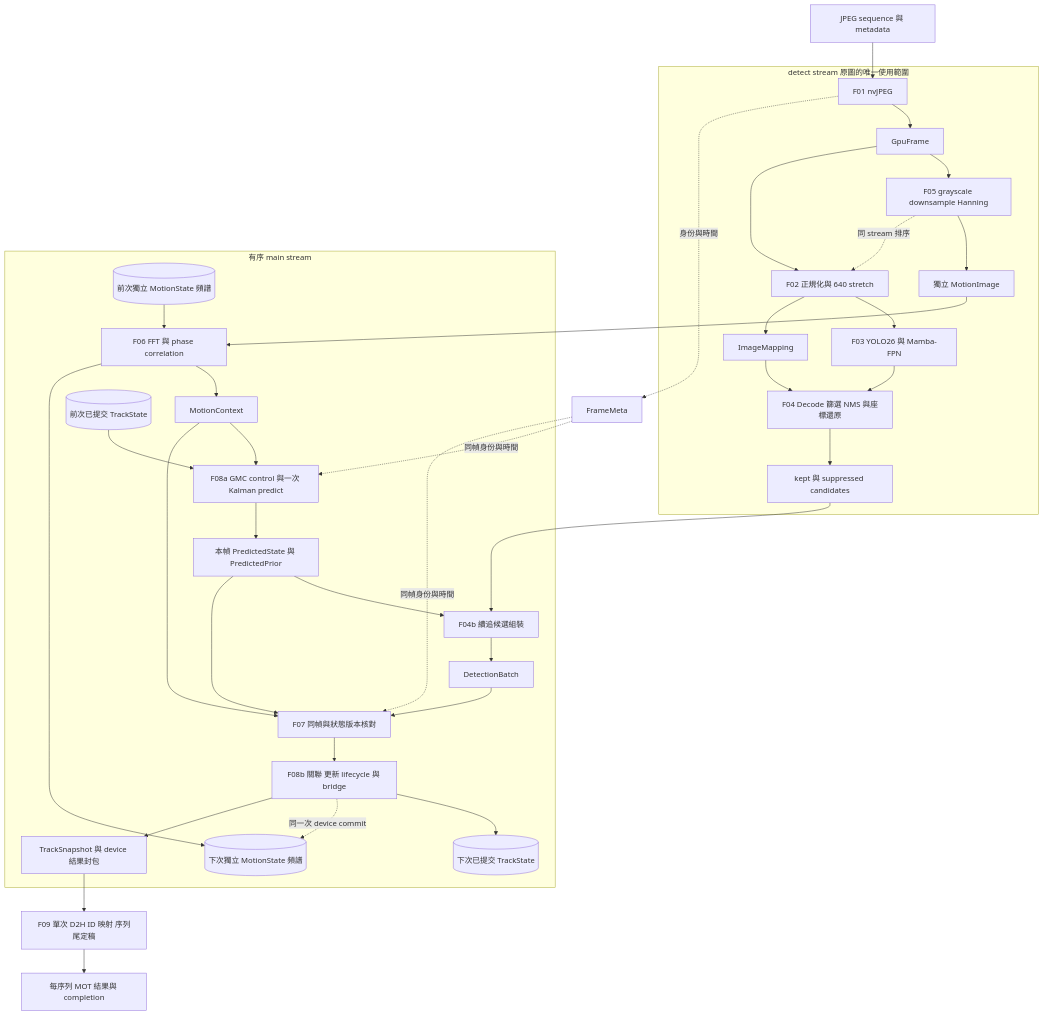
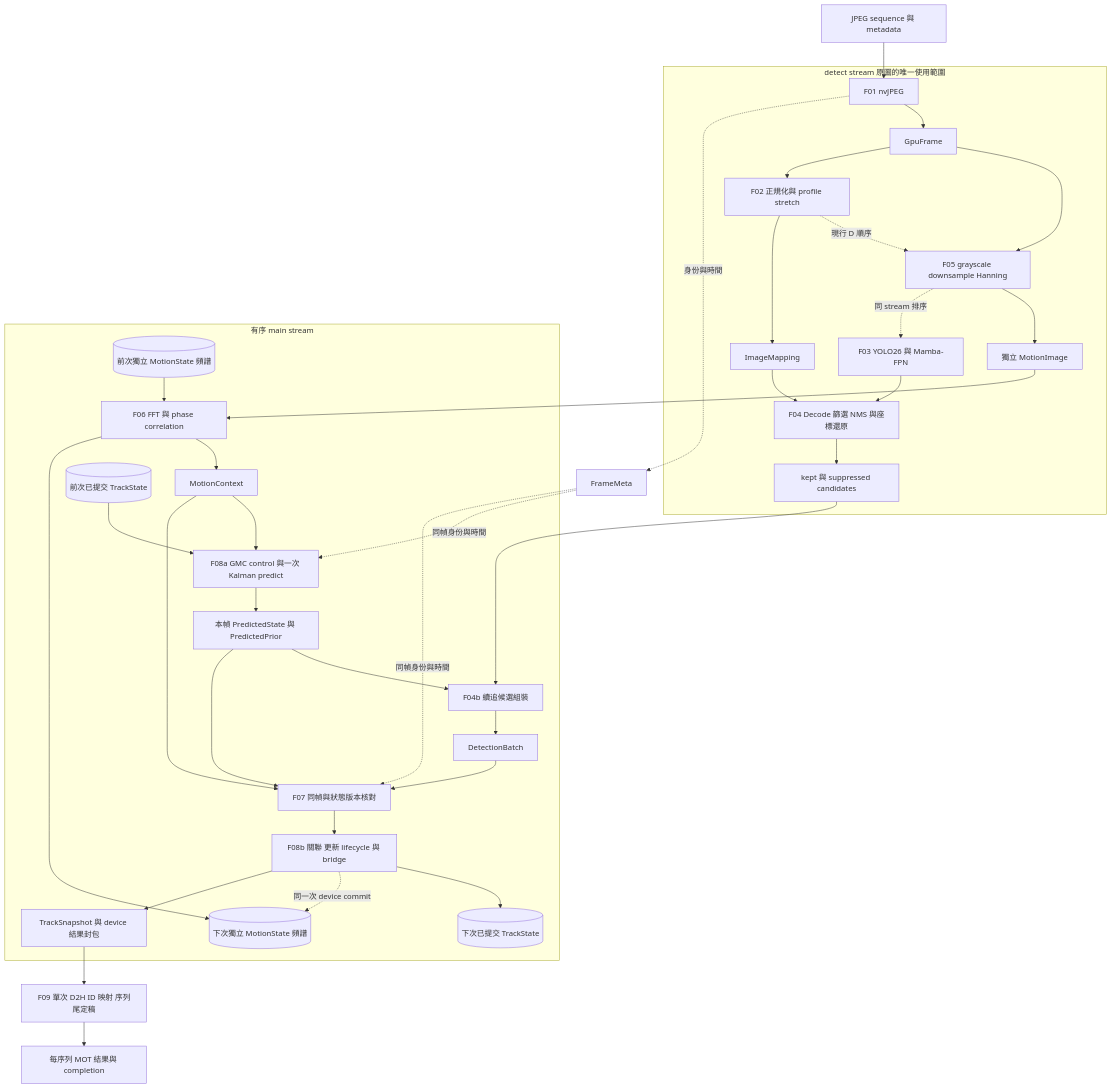
Before and after one commit to raylei50653/saccade_v1: the first of 2 diagrams in docs/DATAFLOW.md, drawn with Mermaid. The commit also changed other lines of this file and 395 other files, not shown here.

First line of the commit message:
Replay F03-F04 and the tracking tail as CUDA Graphs, cut sort work, and record the resource schedule

````diff
--- a/docs/DATAFLOW.md
+++ b/docs/DATAFLOW.md
@@ -44,40 +44,40 @@
 ```mermaid
 flowchart TD
     SRC[JPEG sequence 與 metadata] --> ING
     subgraph DETECT[detect stream 原圖的唯一使用範圍]
         ING[F01 nvJPEG] --> FRAME[GpuFrame]
         FRAME --> MP[F05 grayscale downsample Hanning]
         MP --> SMALL[獨立 MotionImage]
-        MP -. 同 stream 排序 .-> PRE[F02 正規化與 640 stretch]
+        PRE[F02 正規化與 profile stretch] -. 現行 D 順序 .-> MP
         FRAME --> PRE
-        PRE --> MODEL[F03 YOLO26 與 Mamba-FPN]
+        MP -. 同 stream 排序 .-> MODEL[F03 YOLO26 與 Mamba-FPN]
         MODEL --> POST[F04 Decode 篩選 NMS 與座標還原]
         PRE --> MAP[ImageMapping]
         MAP --> POST
         POST --> DET[kept 與 suppressed candidates]
     end
     subgraph MAIN[有序 main stream]
         SMALL --> GMC[F06 FFT 與 phase correlation]
         MS[(前次獨立 MotionState 頻譜)] --> GMC
         GMC --> MOT[MotionContext]
         GMC --> NEXTMS[(下次獨立 MotionState 頻譜)]
         MOT --> PRED[F08a GMC control 與一次 Kalman predict]
         TS[(前次已提交 TrackState)] --> PRED
         PRED --> PS[本幀 PredictedState 與 PredictedPrior]
         PS --> CAND[F04b 續追候選組裝]
         DET --> CAND
         CAND --> BATCH[DetectionBatch]
         BATCH --> JOIN[F07 同幀與狀態版本核對]
         MOT --> JOIN
         PS --> JOIN
         JOIN --> TRACK[F08b 關聯 更新 lifecycle 與 bridge]
         TRACK --> NEXTTS[(下次已提交 TrackState)]
         TRACK -. 同一次 device commit .-> NEXTMS
         TRACK --> RES[TrackSnapshot 與 device 結果封包]
     end
     ING -. 身份與時間 .-> META[FrameMeta]
     META -. 同幀身份與時間 .-> PRED
     META -. 同幀身份與時間 .-> JOIN
     RES --> OUT[F09 單次 D2H ID 映射 序列尾定稿]
     OUT --> SINK[每序列 MOT 結果與 completion]
 ```
````
